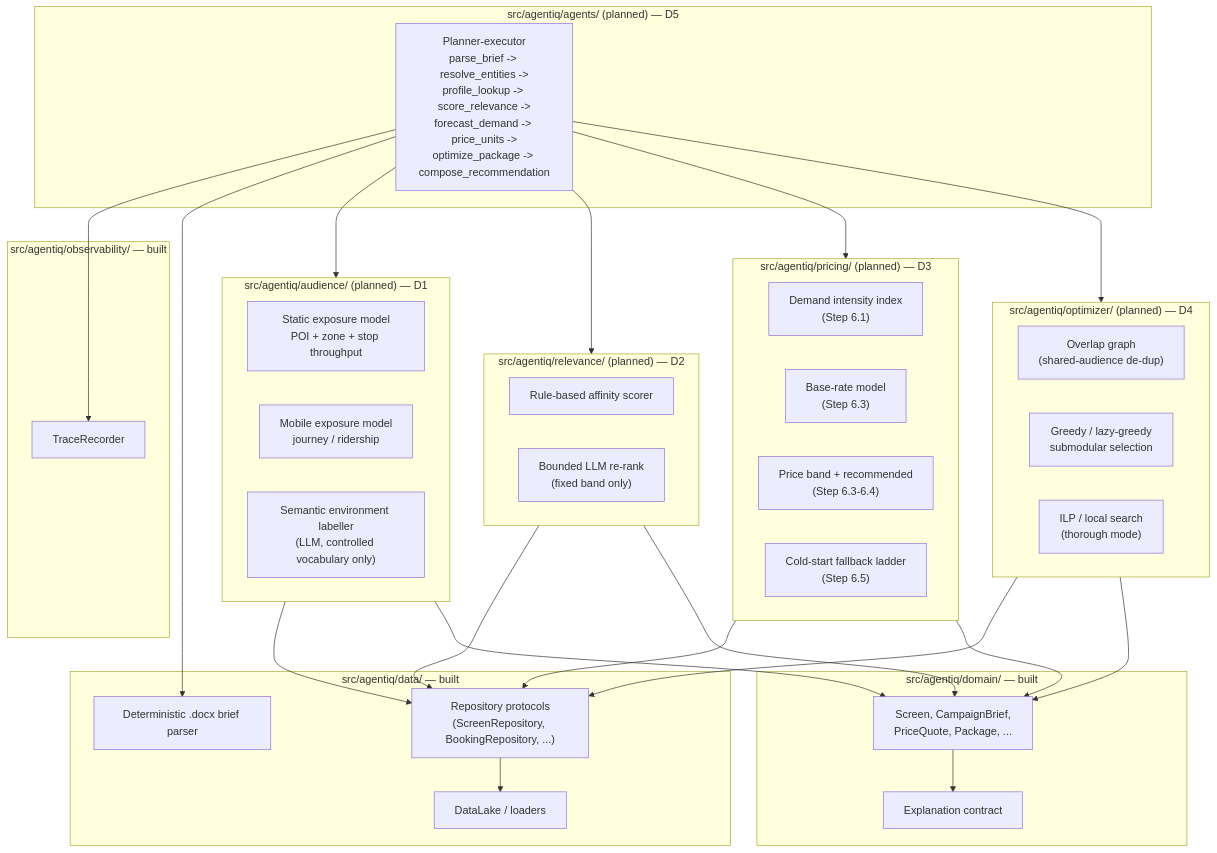
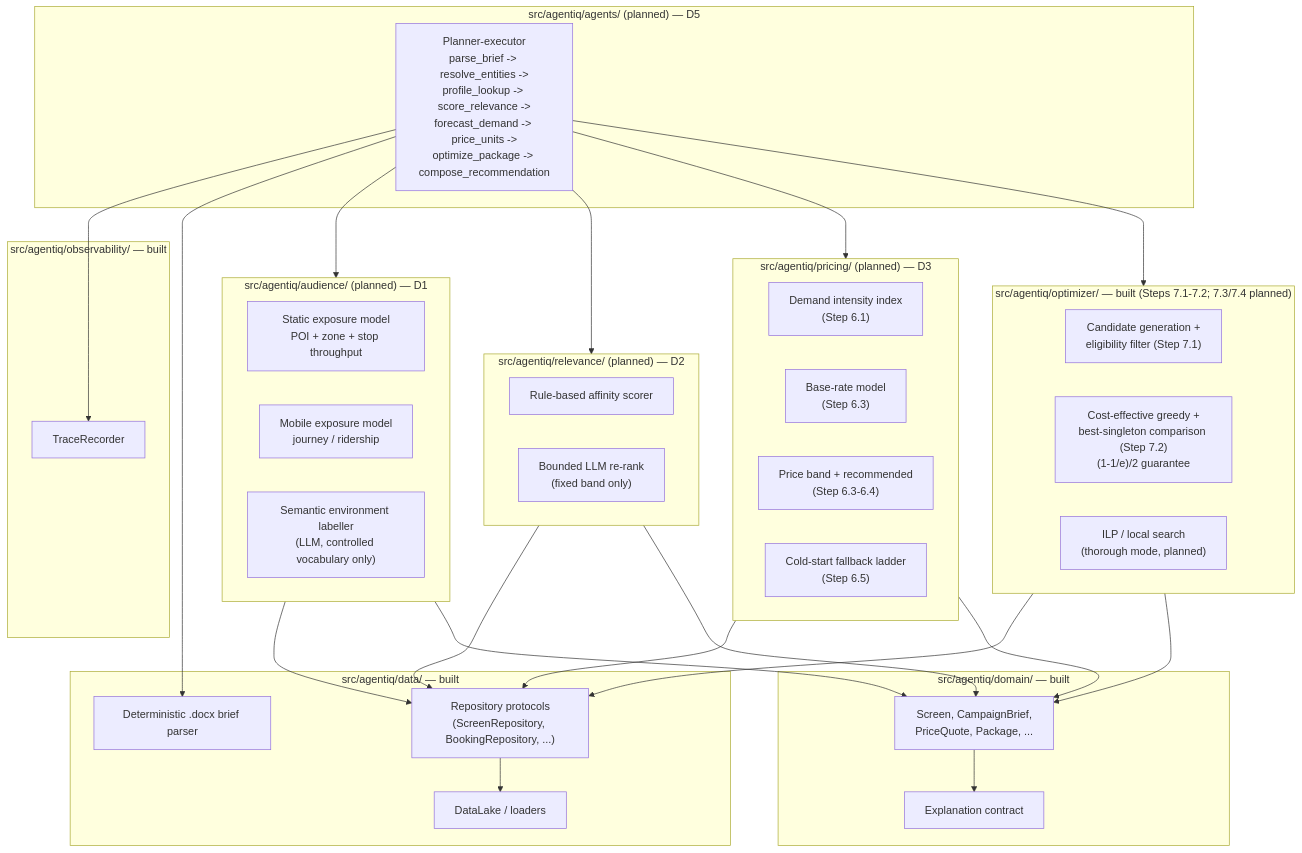
Before and after one commit to Amit0942/AI-hackathon: the diagram in agentiq/docs/c4/component.mmd, drawn with Mermaid. The commit also changed 7 other files, not shown here.

First line of the commit message:
Build D4 Impressions Optimizer (Phase 7, Steps 7.1-7.2)

```diff
--- a/agentiq/docs/c4/component.mmd
+++ b/agentiq/docs/c4/component.mmd
@@ -1,65 +1,65 @@
 %% C4 Component — AgentIQ engine library (Step 2.4)
 %% Drawn from the real src/agentiq/* package tree. "(planned)" = not yet built.
 graph TB
     subgraph orchestrator["src/agentiq/agents/ (planned) — D5"]
         planner["Planner-executor<br/>parse_brief -> resolve_entities -><br/>profile_lookup -> score_relevance -><br/>forecast_demand -> price_units -><br/>optimize_package -> compose_recommendation"]
     end
 
     subgraph audience["src/agentiq/audience/ (planned) — D1"]
         staticModel["Static exposure model<br/>POI + zone + stop throughput"]
         mobileModel["Mobile exposure model<br/>journey / ridership"]
         semanticLabeller["Semantic environment labeller<br/>(LLM, controlled vocabulary only)"]
     end
 
     subgraph relevance["src/agentiq/relevance/ (planned) — D2"]
         ruleScorer["Rule-based affinity scorer"]
         rerank["Bounded LLM re-rank<br/>(fixed band only)"]
     end
 
     subgraph pricing["src/agentiq/pricing/ (planned) — D3"]
         demandIndex["Demand intensity index<br/>(Step 6.1)"]
         baseRate["Base-rate model<br/>(Step 6.3)"]
         band["Price band + recommended<br/>(Step 6.3-6.4)"]
         coldStart["Cold-start fallback ladder<br/>(Step 6.5)"]
     end
 
-    subgraph optimizer["src/agentiq/optimizer/ (planned) — D4"]
-        overlapGraph["Overlap graph<br/>(shared-audience de-dup)"]
-        greedy["Greedy / lazy-greedy<br/>submodular selection"]
-        ilp["ILP / local search<br/>(thorough mode)"]
+    subgraph optimizer["src/agentiq/optimizer/ — built (Steps 7.1-7.2; 7.3/7.4 planned)"]
+        candidateGen["Candidate generation +<br/>eligibility filter (Step 7.1)"]
+        greedy["Cost-effective greedy +<br/>best-singleton comparison (Step 7.2)<br/>(1-1/e)/2 guarantee"]
+        ilp["ILP / local search<br/>(thorough mode, planned)"]
     end
 
     subgraph domain["src/agentiq/domain/ — built"]
         explanation["Explanation contract"]
         entities["Screen, CampaignBrief,<br/>PriceQuote, Package, ..."]
     end
 
     subgraph dataPkg["src/agentiq/data/ — built"]
         loaders["DataLake / loaders"]
         repos["Repository protocols<br/>(ScreenRepository, BookingRepository, ...)"]
         briefs["Deterministic .docx brief parser"]
     end
 
     subgraph obsPkg["src/agentiq/observability/ — built"]
         trace["TraceRecorder"]
     end
 
     planner --> audience
     planner --> relevance
     planner --> pricing
     planner --> optimizer
     planner --> trace
 
     audience --> repos
     relevance --> repos
     pricing --> repos
     optimizer --> repos
 
     audience --> entities
     relevance --> entities
     pricing --> entities
     optimizer --> entities
 
     entities --> explanation
     repos --> loaders
     planner --> briefs
```
